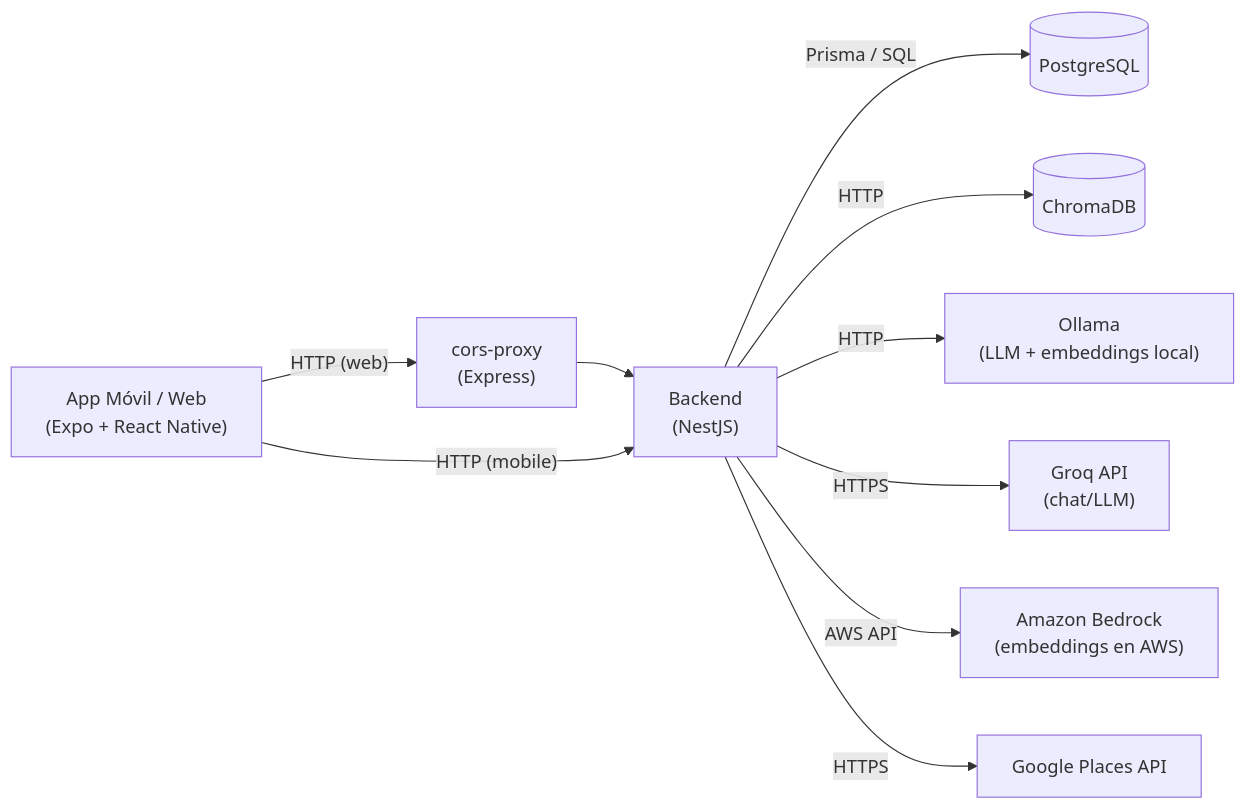
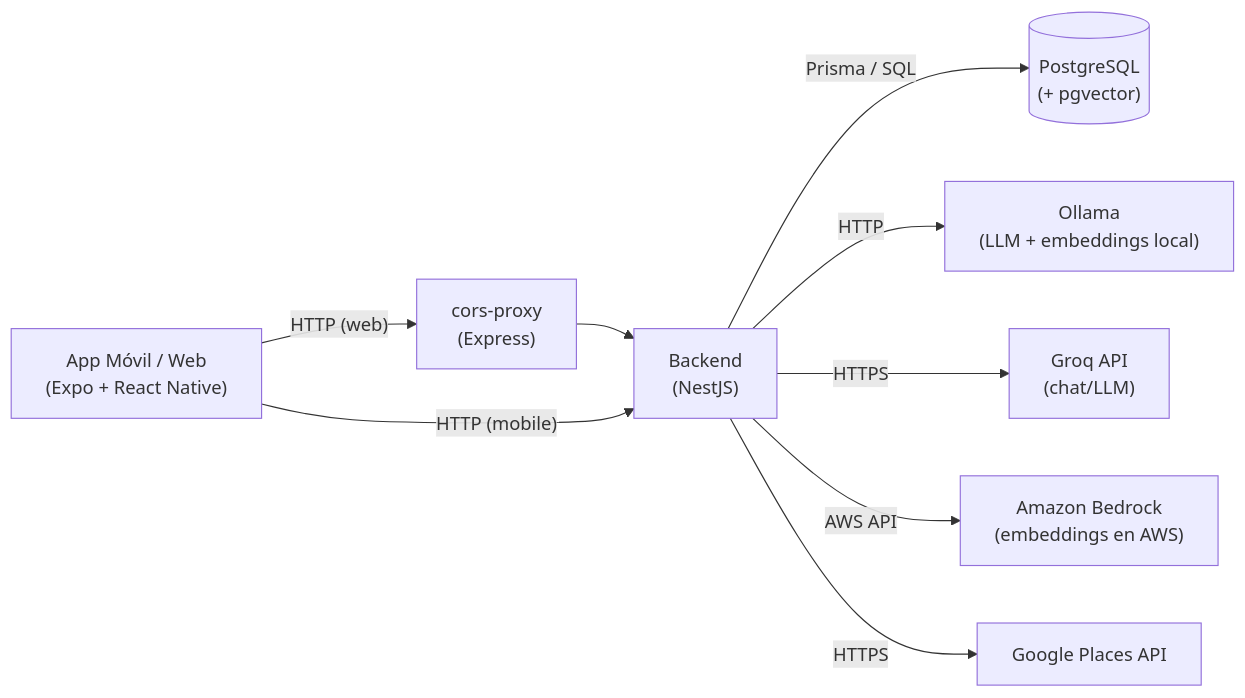
Before and after one commit to entity-builders-labs/zig-zag: the first of 5 diagrams in README.md, drawn with Mermaid. The commit also changed other lines of this file and 36 other files, not shown here.

First line of the commit message:
feat(be,infra): replace ChromaDB with pgvector for activity embeddings (#6)

````diff
--- a/README.md
+++ b/README.md
@@ -44,21 +43,19 @@
 ```mermaid
 flowchart LR
     FE["App Móvil / Web<br/>(Expo + React Native)"]
     CORS["cors-proxy<br/>(Express)"]
     BE["Backend<br/>(NestJS)"]
-    PG[("PostgreSQL")]
-    CHROMA[("ChromaDB")]
+    PG[("PostgreSQL<br/>(+ pgvector)")]
     OLLAMA["Ollama<br/>(LLM + embeddings local)"]
     GROQ["Groq API<br/>(chat/LLM)"]
     BEDROCK["Amazon Bedrock<br/>(embeddings en AWS)"]
     GMAPS["Google Places API"]
 
     FE -- "HTTP (web)" --> CORS --> BE
     FE -- "HTTP (mobile)" --> BE
     BE -- "Prisma / SQL" --> PG
-    BE -- "HTTP" --> CHROMA
     BE -- "HTTP" --> OLLAMA
     BE -- "HTTPS" --> GROQ
     BE -- "AWS API" --> BEDROCK
     BE -- "HTTPS" --> GMAPS
 ```
````
